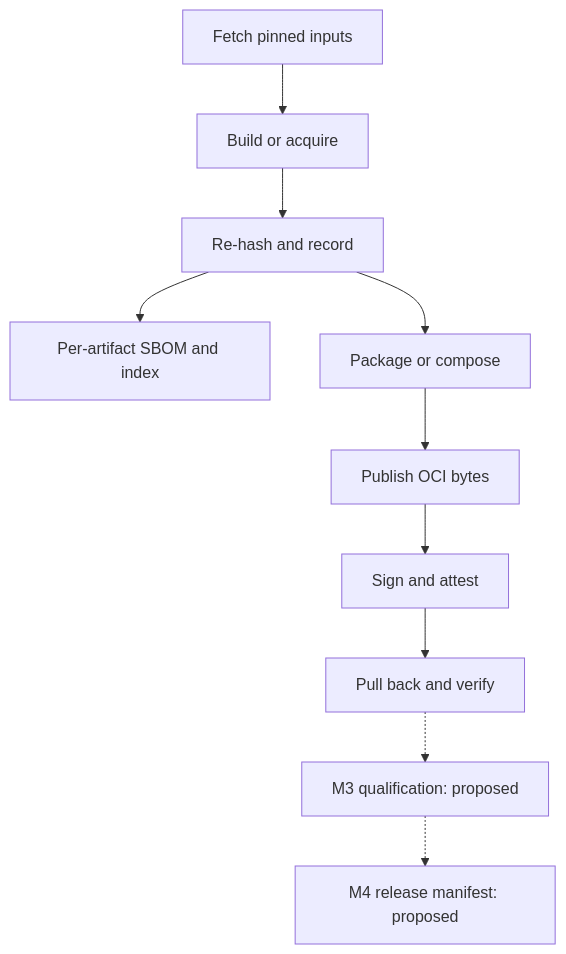
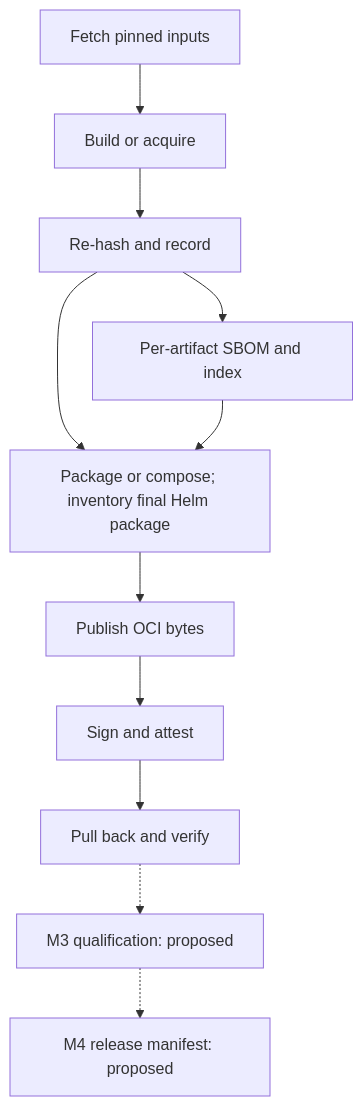
One commit to dsx-ai-factory/nvkr changed the fourth of 6 diagrams in docs/sadd.md. Above: the diagram before and after it, drawn with Mermaid. The commit also changed other lines of this file and 59 other files, not shown here.

````diff
--- a/docs/sadd.md
+++ b/docs/sadd.md
@@ -442,12 +442,13 @@
 ```mermaid
 flowchart TB
   Fetch["Fetch pinned inputs"] --> Produce["Build or acquire"]
   Produce --> Observe["Re-hash and record"]
   Observe --> SBOM["Per-artifact SBOM and index"]
-  Observe --> Package["Package or compose"]
+  Observe --> Package["Package or compose; inventory final Helm package"]
+  SBOM --> Package
   Package --> Publish["Publish OCI bytes"]
   Publish --> Sign["Sign and attest"]
   Sign --> Verify["Pull back and verify"]
   Verify -.-> Qualify["M3 qualification: proposed"]
   Qualify -.-> Release["M4 release manifest: proposed"]
 ```
````
